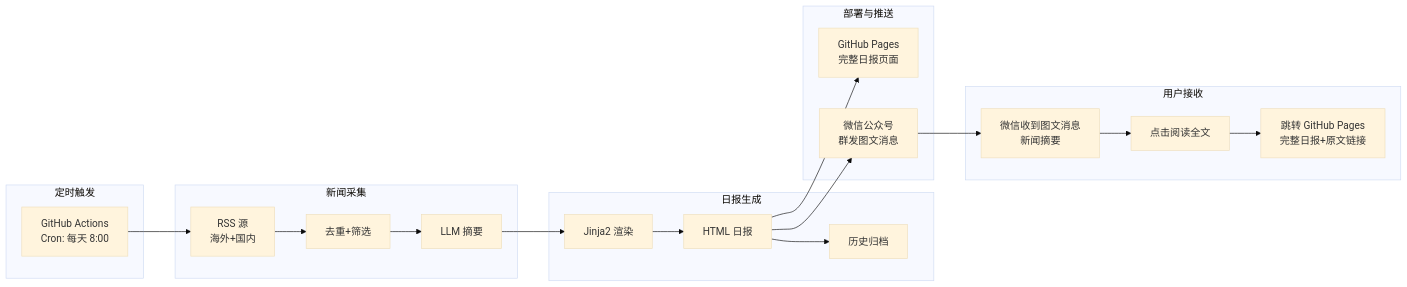
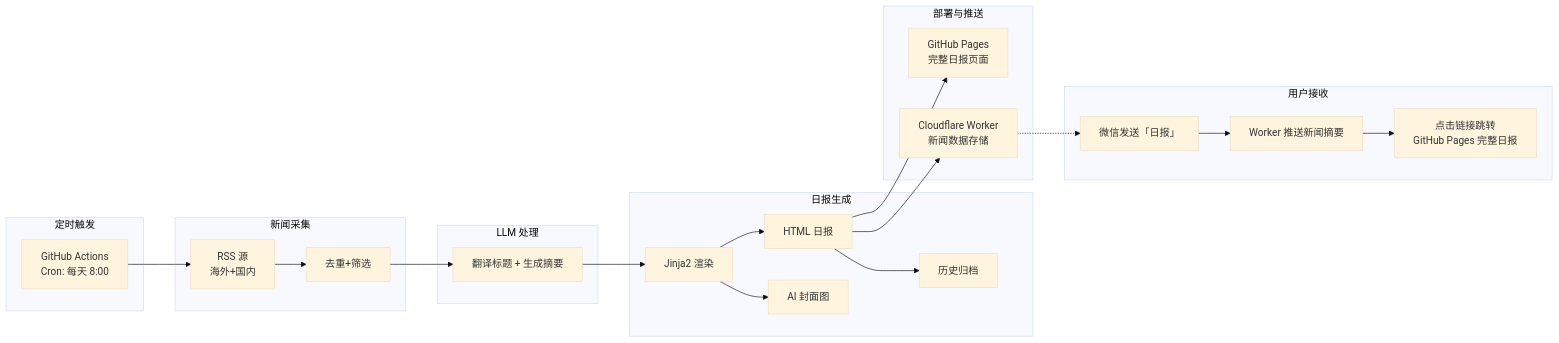
The first of 7 diagrams in personMdDosc/PRD.md (tanx0702/ai-daily-news), drawn with Mermaid (base theme) before and after one commit. The commit also changed other lines of this file and 3 other files, not shown here.

````diff
--- a/personMdDosc/PRD.md
+++ b/personMdDosc/PRD.md
@@ -322,41 +115,46 @@
 ```mermaid
 flowchart LR
     subgraph 定时触发
         A[GitHub Actions<br>Cron: 每天 8:00]
     end
 
     subgraph 新闻采集
         B1[RSS 源<br>海外+国内]
         B2[去重+筛选]
-        B3[LLM 摘要]
+    end
+
+    subgraph LLM 处理
+        B3[翻译标题 + 生成摘要]
     end
 
     subgraph 日报生成
         C1[Jinja2 渲染]
         C2[HTML 日报]
-        C3[历史归档]
+        C3[AI 封面图]
+        C4[历史归档]
     end
 
     subgraph 部署与推送
         D1[GitHub Pages<br>完整日报页面]
-        D2[微信公众号<br>群发图文消息]
+        D2[Cloudflare Worker<br>新闻数据存储]
     end
 
     subgraph 用户接收
-        E1[微信收到图文消息<br>新闻摘要]
-        E2[点击阅读全文]
-        E3[跳转 GitHub Pages<br>完整日报+原文链接]
+        E1[微信发送「日报」]
+        E2[Worker 推送新闻摘要]
+        E3[点击链接跳转<br>GitHub Pages 完整日报]
     end
 
     A --> B1
     B1 --> B2
     B2 --> B3
     B3 --> C1
     C1 --> C2
-    C2 --> C3
+    C1 --> C3
+    C2 --> C4
     C2 --> D1
     C2 --> D2
-    D2 --> E1
+    D2 -.-> E1
     E1 --> E2
     E2 --> E3
 ```
````
